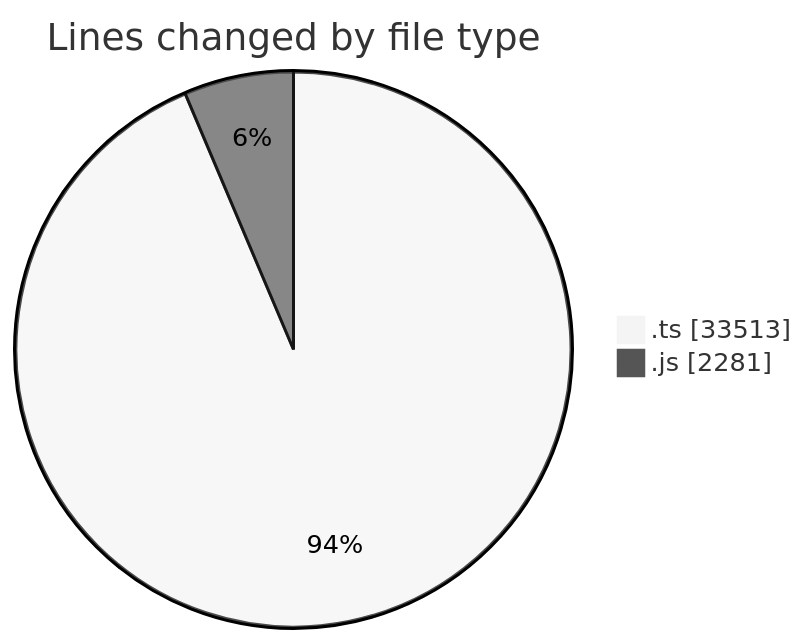
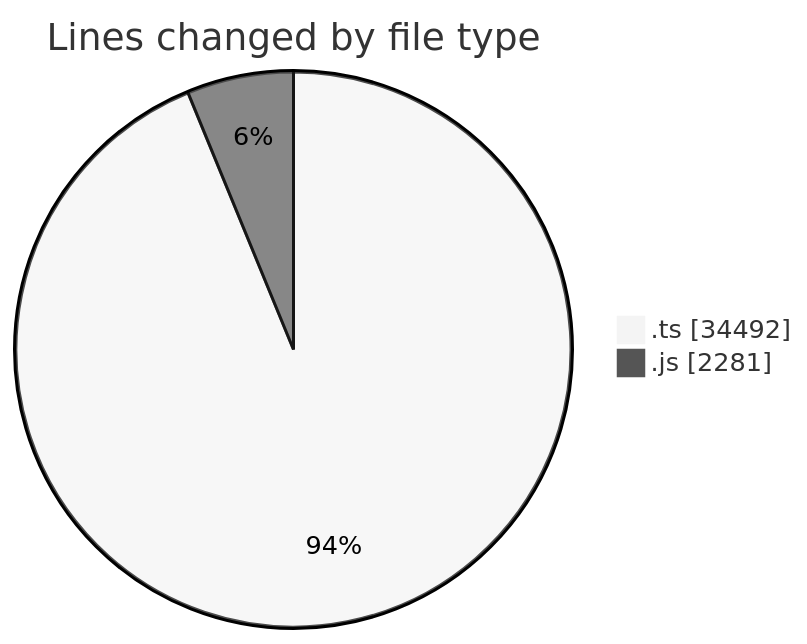
Before and after one commit to momahboobian/code-tracking: the first of 2 diagrams in 2025-06-26/cda/README.md, drawn with Mermaid (neutral theme). The commit also changed other lines of this file and 1 other file, not shown here.

````diff
--- a/2025-06-26/cda/README.md
+++ b/2025-06-26/cda/README.md
@@ -36,6 +36,6 @@
 ```mermaid
 pie showData
 title Lines changed by file type
-".ts" : 33513
+".ts" : 34492
 ".js" : 2281
 ```
````
